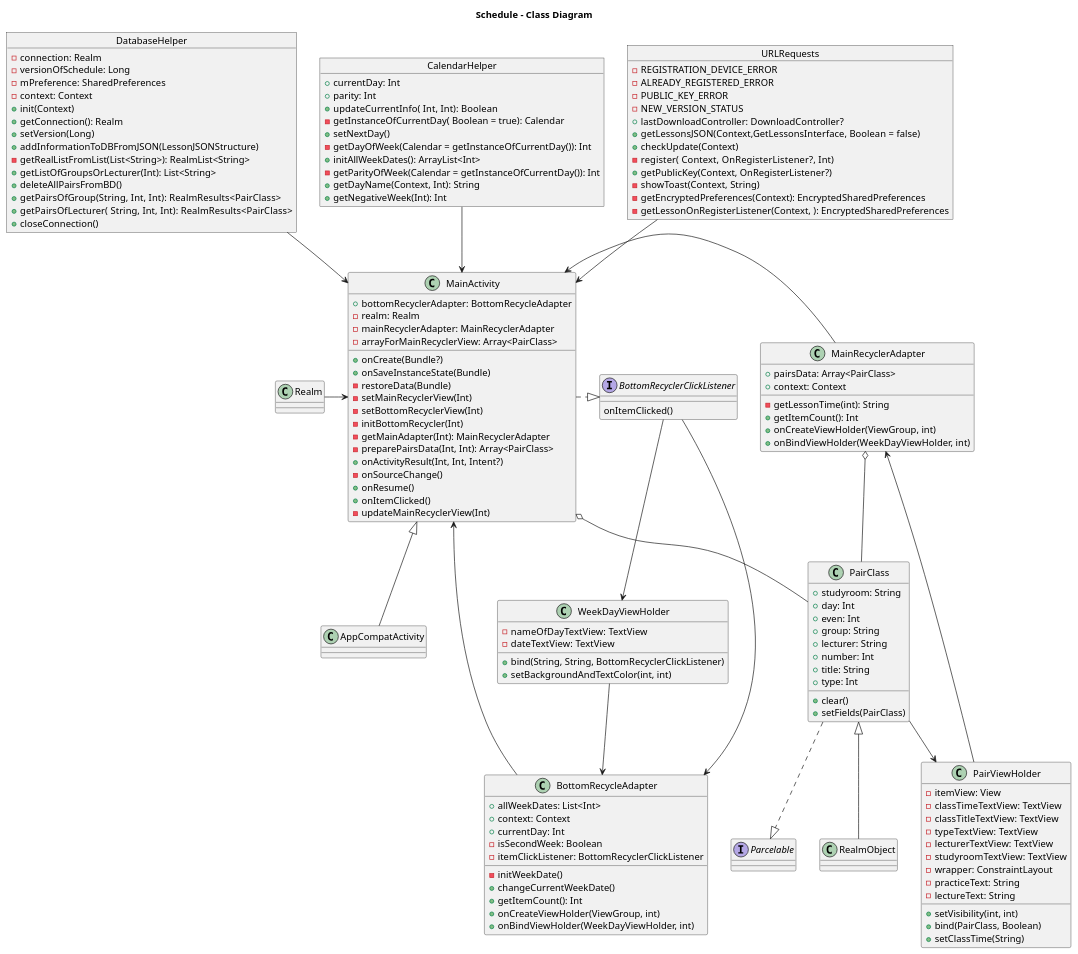
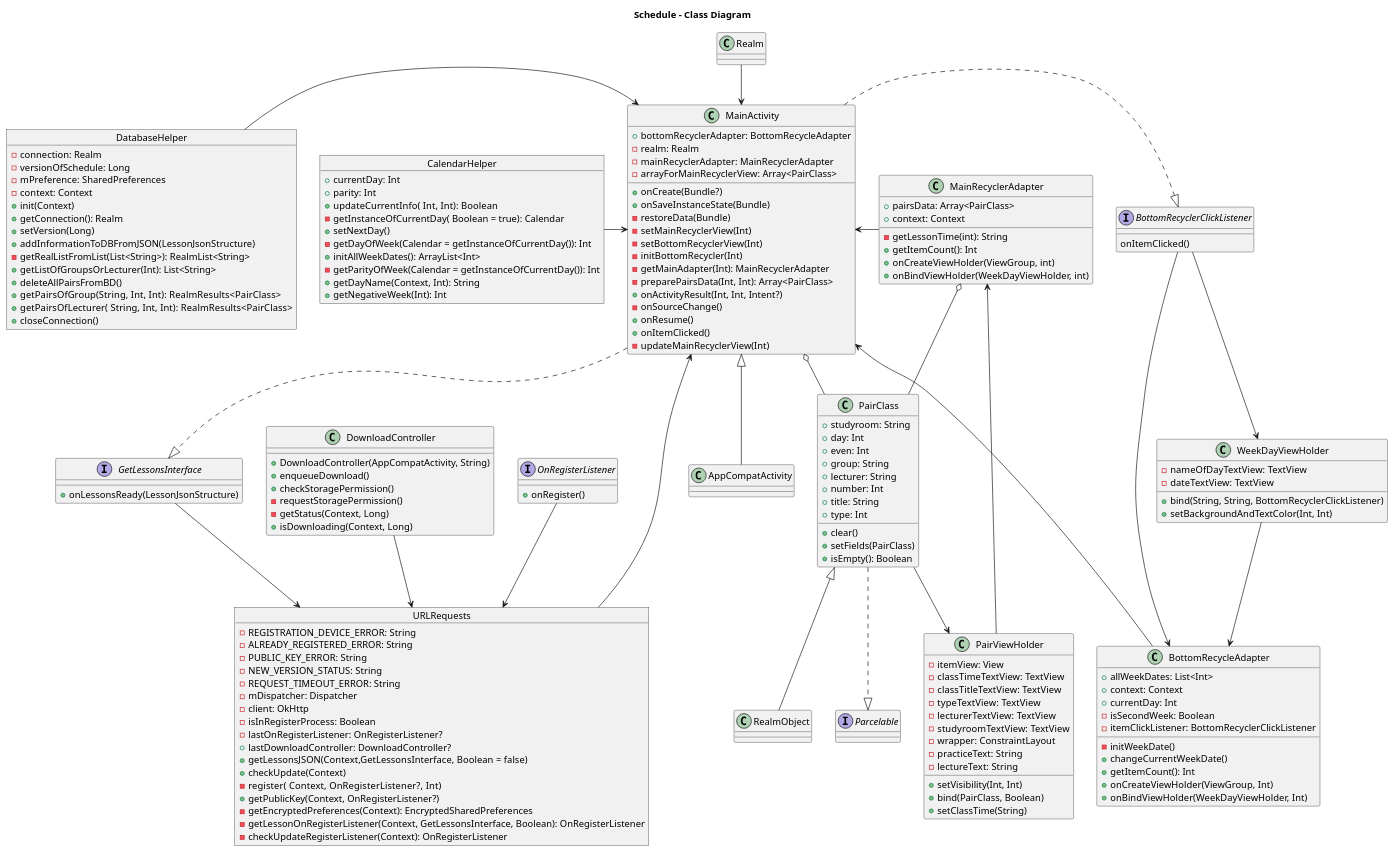
The diagram in app/src/main/java/com/example/schedule/uml.puml (nsnk29/Schedule), drawn with PlantUML before and after one commit. The commit also changed 13 other files, not shown here.

```diff
--- a/app/src/main/java/com/example/schedule/uml.puml
+++ b/app/src/main/java/com/example/schedule/uml.puml
@@ -1,156 +1,186 @@
 @startuml
 
 title Schedule - Class Diagram
 
 interface BottomRecyclerClickListener {
     onItemClicked()
 }
 
 interface Parcelable
 
+interface GetLessonsInterface {
+    +onLessonsReady(LessonJsonStructure)
+}
+
+interface OnRegisterListener {
+    +onRegister()
+}
+
+
+
 class AppCompatActivity
 class Realm
 class WeekDayViewHolder{
     -nameOfDayTextView: TextView
     -dateTextView: TextView
     +bind(String, String, BottomRecyclerClickListener)
-    +setBackgroundAndTextColor(int, int)
+    +setBackgroundAndTextColor(Int, Int)
 }
 
 class BottomRecycleAdapter {
     + allWeekDates: List<Int>
     + context: Context
     + currentDay: Int
     - isSecondWeek: Boolean
     - itemClickListener: BottomRecyclerClickListener
     - initWeekDate()
     + changeCurrentWeekDate()
     +getItemCount(): Int
-    +onCreateViewHolder(ViewGroup, int)
-    +onBindViewHolder(WeekDayViewHolder, int)
+    +onCreateViewHolder(ViewGroup, Int)
+    +onBindViewHolder(WeekDayViewHolder, Int)
 }
 WeekDayViewHolder --> BottomRecycleAdapter
 BottomRecycleAdapter --> MainActivity
 
 class RealmObject
 
 class PairClass {
     + studyroom: String
     + day: Int
     + even: Int
     + group: String
     + lecturer: String
     + number: Int
     + title: String
     + type: Int
     +clear()
     +setFields(PairClass)
+    +isEmpty(): Boolean
 }
 PairClass ..|> Parcelable
 PairClass <|-- RealmObject
 MainRecyclerAdapter o-- PairClass
 BottomRecyclerClickListener --> WeekDayViewHolder
 BottomRecyclerClickListener --> BottomRecycleAdapter
 
 class PairViewHolder {
     -itemView: View
     - classTimeTextView: TextView
     - classTitleTextView: TextView
     - typeTextView: TextView
     - lecturerTextView: TextView
     - studyroomTextView: TextView
     - wrapper: ConstraintLayout
     - practiceText: String
     - lectureText: String
-    + setVisibility(int, int)
+    + setVisibility(Int, Int)
     + bind(PairClass, Boolean)
     + setClassTime(String)
 }
 
 PairClass -->  PairViewHolder
 PairViewHolder --> MainRecyclerAdapter
 
 class MainRecyclerAdapter {
     +pairsData: Array<PairClass>
     +context: Context
     -getLessonTime(int): String
     +getItemCount(): Int
     +onCreateViewHolder(ViewGroup, int)
     +onBindViewHolder(WeekDayViewHolder, int)
 }
 MainRecyclerAdapter --left> MainActivity
 
 object DatabaseHelper {
 - connection: Realm
 - versionOfSchedule: Long
 - mPreference: SharedPreferences
 - context: Context
 +init(Context)
 +getConnection(): Realm
 +setVersion(Long)
-+addInformationToDBFromJSON(LessonJSONStructure)
++addInformationToDBFromJSON(LessonJsonStructure)
 -getRealListFromList(List<String>): RealmList<String>
 +getListOfGroupsOrLecturer(Int): List<String>
 +deleteAllPairsFromBD()
 +getPairsOfGroup(String,  Int,  Int): RealmResults<PairClass>
 +getPairsOfLecturer( String,  Int,  Int): RealmResults<PairClass>
 +closeConnection()
 }
 
 object CalendarHelper {
     +currentDay: Int
     +parity: Int
     +updateCurrentInfo( Int,  Int): Boolean
     -getInstanceOfCurrentDay( Boolean = true): Calendar
     +setNextDay()
     -getDayOfWeek(Calendar = getInstanceOfCurrentDay()): Int
     +initAllWeekDates(): ArrayList<Int>
     -getParityOfWeek(Calendar = getInstanceOfCurrentDay()): Int
     +getDayName(Context, Int): String
     +getNegativeWeek(Int): Int
 }
 
+class DownloadController {
+    +DownloadController(AppCompatActivity, String)
+    +enqueueDownload()
+    +checkStoragePermission()
+    -requestStoragePermission()
+    -getStatus(Context, Long)
+    +isDownloading(Context, Long)
+}
+
 object URLRequests {
-    - REGISTRATION_DEVICE_ERROR
-    - ALREADY_REGISTERED_ERROR
-    - PUBLIC_KEY_ERROR
-    - NEW_VERSION_STATUS
+    - REGISTRATION_DEVICE_ERROR: String
+    - ALREADY_REGISTERED_ERROR: String
+    - PUBLIC_KEY_ERROR: String
+    - NEW_VERSION_STATUS: String
+    - REQUEST_TIMEOUT_ERROR: String
+    -mDispatcher: Dispatcher
+    -client: OkHttp
+    -isInRegisterProcess: Boolean
+    -lastOnRegisterListener: OnRegisterListener?
     +lastDownloadController: DownloadController?
     +getLessonsJSON(Context,GetLessonsInterface,  Boolean = false)
     +checkUpdate(Context)
     -register( Context,  OnRegisterListener?,  Int)
     +getPublicKey(Context, OnRegisterListener?)
-    -showToast(Context, String)
     -getEncryptedPreferences(Context): EncryptedSharedPreferences
-    -getLessonOnRegisterListener(Context, ): EncryptedSharedPreferences
+    -getLessonOnRegisterListener(Context, GetLessonsInterface, Boolean): OnRegisterListener
+    -checkUpdateRegisterListener(Context): OnRegisterListener
 }
+OnRegisterListener-->URLRequests
+GetLessonsInterface-->URLRequests
+DownloadController-->URLRequests
+
 
 class MainActivity{
     + bottomRecyclerAdapter: BottomRecycleAdapter
     - realm: Realm
     - mainRecyclerAdapter: MainRecyclerAdapter
     - arrayForMainRecyclerView: Array<PairClass>
     +onCreate(Bundle?)
     +onSaveInstanceState(Bundle)
     -restoreData(Bundle)
     -setMainRecyclerView(Int)
     -setBottomRecyclerView(Int)
     -initBottomRecycler(Int)
     -getMainAdapter(Int): MainRecyclerAdapter
     -preparePairsData(Int, Int): Array<PairClass>
     +onActivityResult(Int, Int, Intent?)
     -onSourceChange()
     +onResume()
     +onItemClicked()
     -updateMainRecyclerView(Int)
 }
 
 MainActivity <|-- AppCompatActivity
 MainActivity ..right|> BottomRecyclerClickListener
-Realm --right> MainActivity
+MainActivity ..|> GetLessonsInterface
+Realm --> MainActivity
 MainActivity o-- PairClass
-CalendarHelper --> MainActivity
-DatabaseHelper --> MainActivity
-URLRequests --> MainActivity
+CalendarHelper --right> MainActivity
+DatabaseHelper --right> MainActivity
+URLRequests --left> MainActivity
 
 @enduml
```
